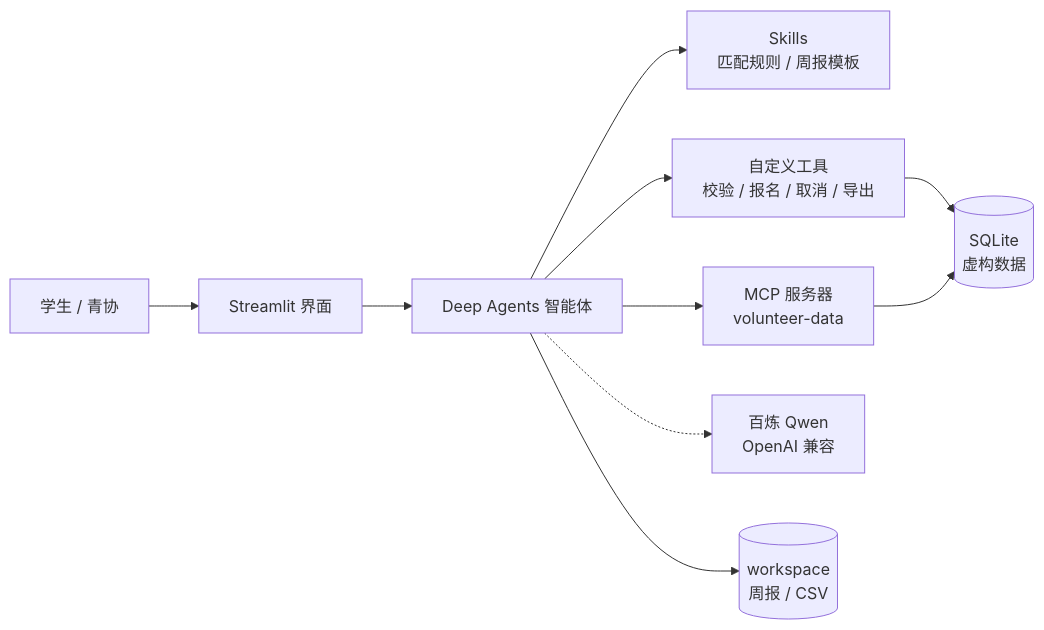
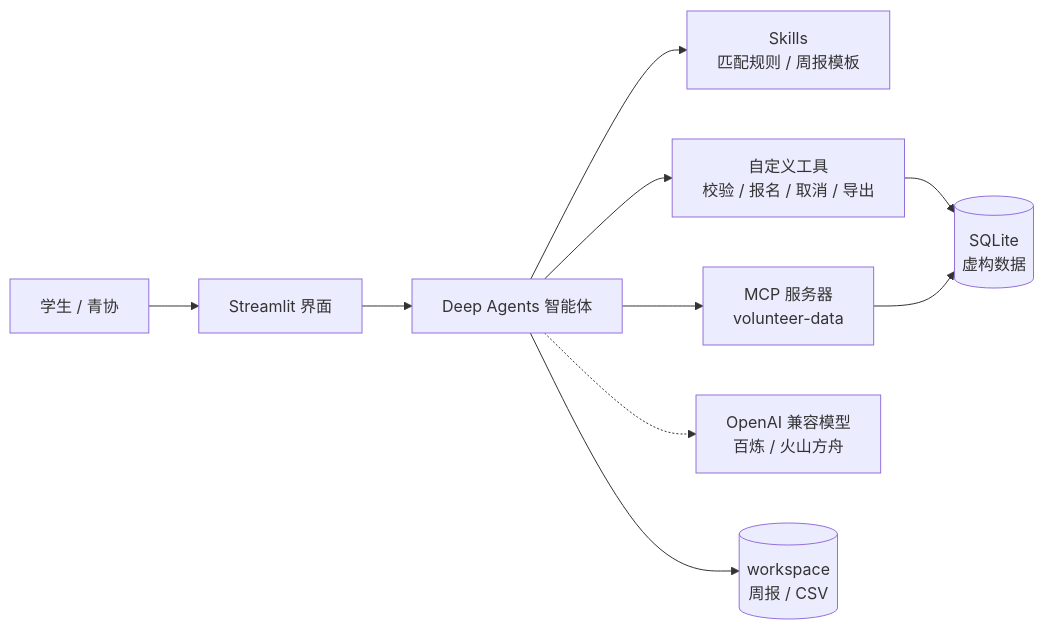
Before and after one commit to shanda-final-project-group-001/final-exam: the diagram in README.md, drawn with Mermaid. The commit also changed other lines of this file, not shown here.

````diff
--- a/README.md
+++ b/README.md
@@ -38,12 +38,12 @@
 ```mermaid
 flowchart LR
     U[学生 / 青协] --> UI[Streamlit 界面]
     UI --> A[Deep Agents 智能体]
     A --> SK[Skills<br/>匹配规则 / 周报模板]
     A --> T[自定义工具<br/>校验 / 报名 / 取消 / 导出]
     A --> M[MCP 服务器<br/>volunteer-data]
-    A -.-> LLM[百炼 Qwen<br/>OpenAI 兼容]
+    A -.-> LLM[OpenAI 兼容模型<br/>百炼 / 火山方舟]
     T --> DB[(SQLite<br/>虚构数据)]
     M --> DB
     A --> W[(workspace<br/>周报 / CSV)]
 ```
````
